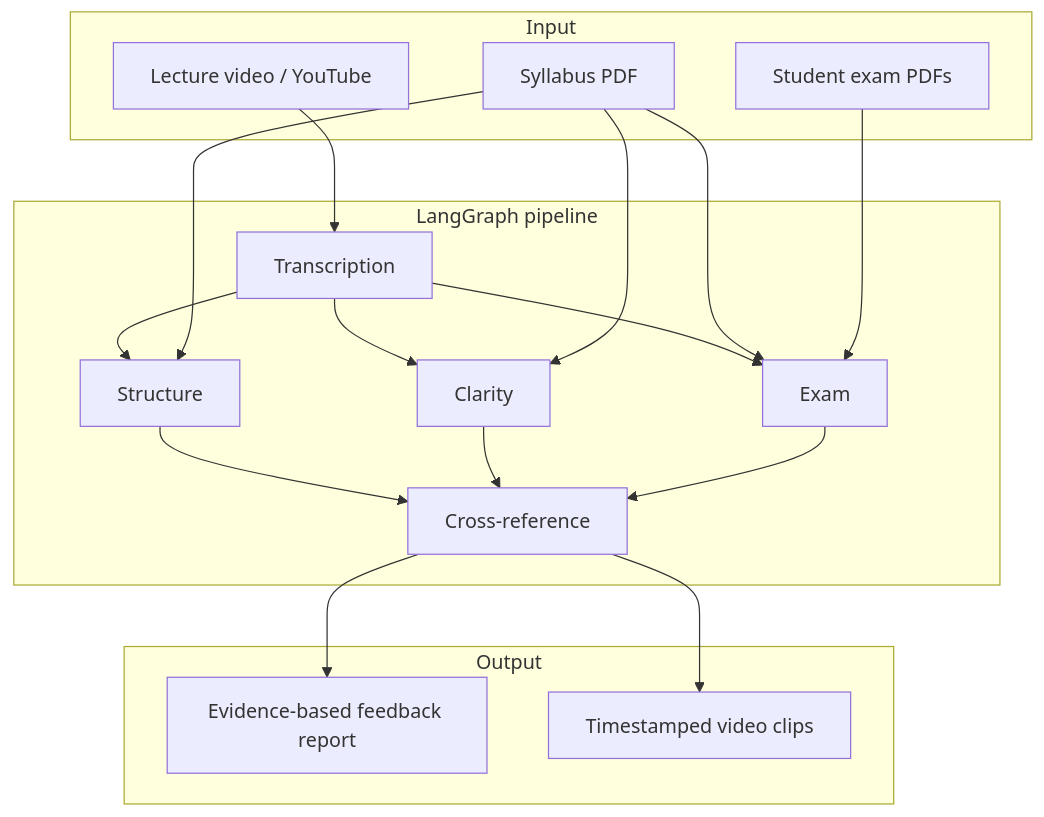
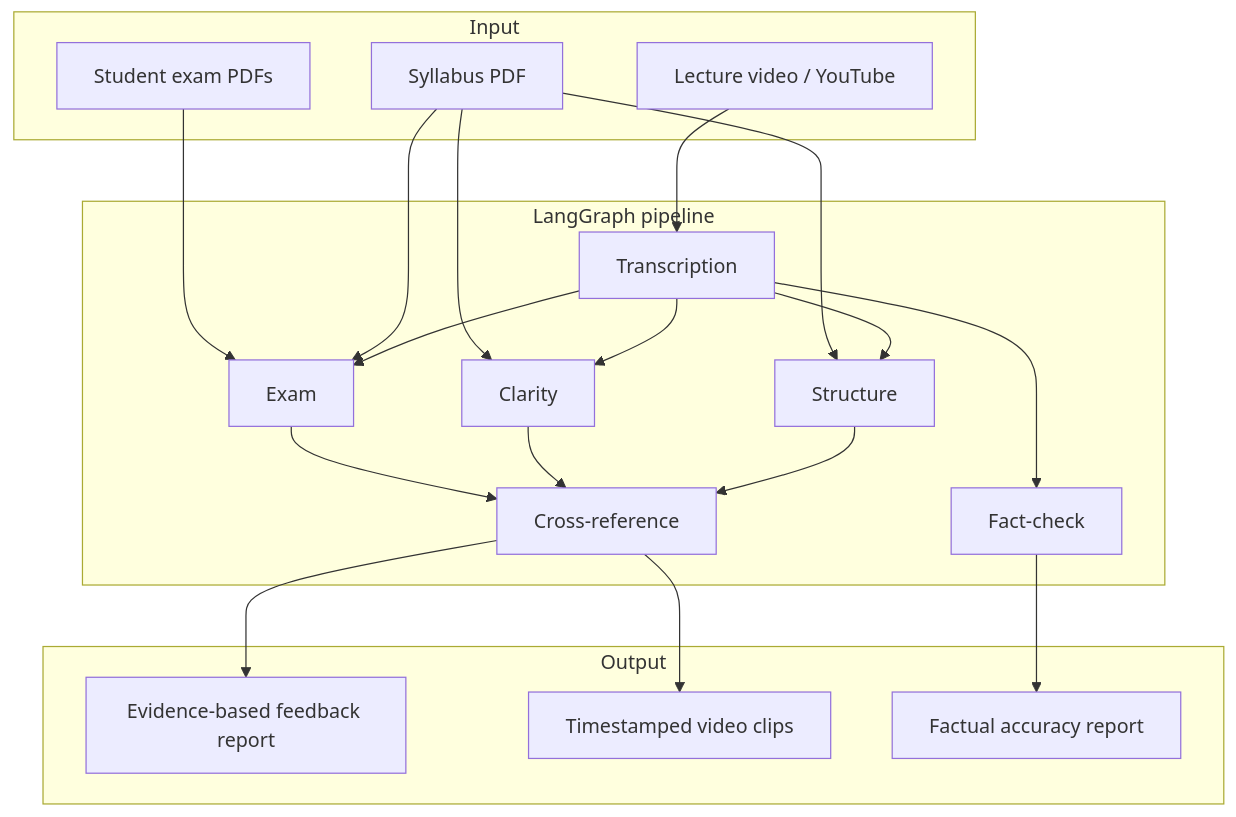
One commit to desraymondz/Veluate changed the diagram in README.md. Above: the diagram before and after it, drawn with Mermaid. The commit also changed other lines of this file, not shown here.

````diff
--- a/README.md
+++ b/README.md
@@ -7,35 +53,39 @@
 ```mermaid
 flowchart TB
   subgraph input [Input]
     Video[Lecture video / YouTube]
     Syllabus[Syllabus PDF]
     Exams[Student exam PDFs]
   end
 
   subgraph pipeline [LangGraph pipeline]
     T[Transcription]
     S[Structure]
     C[Clarity]
     E[Exam]
+    F[Fact-check]
     X[Cross-reference]
   end
 
   subgraph output [Output]
     Report[Evidence-based feedback report]
     Clips[Timestamped video clips]
+    Facts[Factual accuracy report]
   end
 
   Video --> T
   T --> S
   T --> C
   T --> E
+  T --> F
   S --> X
   C --> X
   E --> X
   Syllabus --> S
   Syllabus --> C
   Syllabus --> E
   Exams --> E
   X --> Report
   X --> Clips
+  F --> Facts
 ```
````
